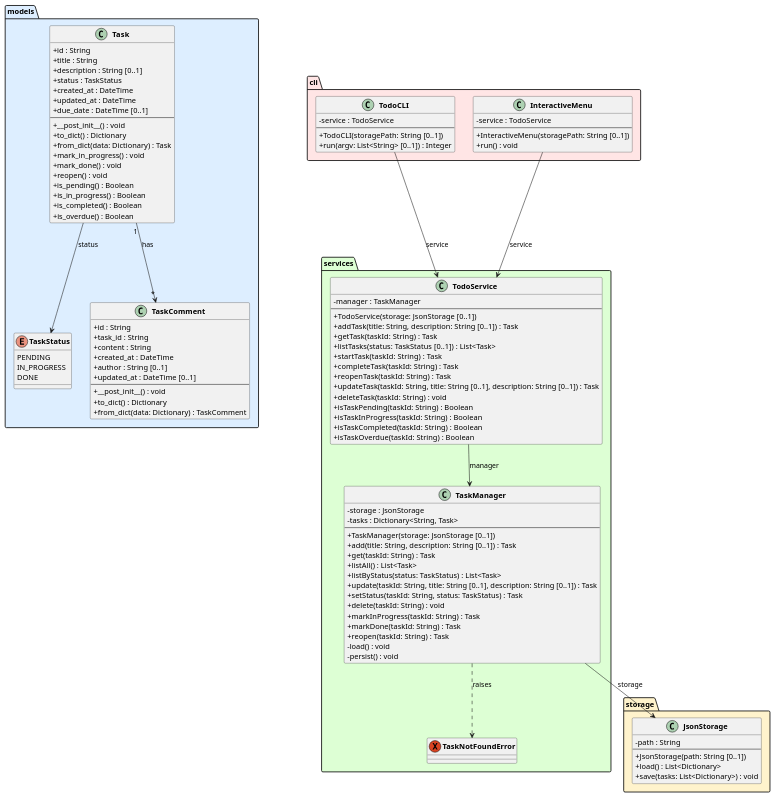
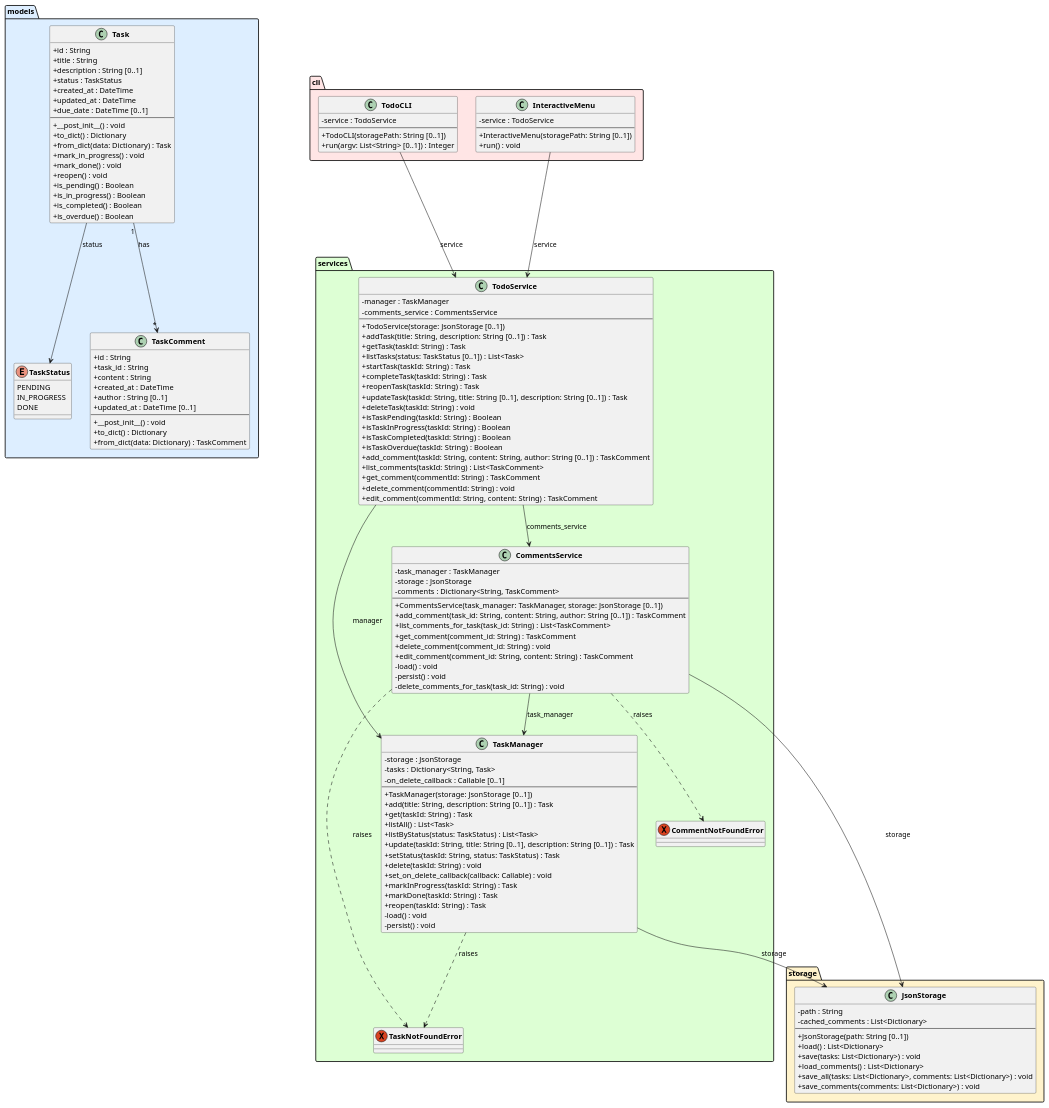
Before and after one commit to DanielRiha8906/Software_autoevolution_using_agents: the diagram in experiments/broadcast/user_stories/TODO/artifacts/class_diagram.puml, drawn with PlantUML. The commit also changed 11 other files, not shown here.

First line of the commit message:
task 04 | broadcast / user_stories / TODO

```diff
--- a/experiments/broadcast/user_stories/TODO/artifacts/class_diagram.puml
+++ b/experiments/broadcast/user_stories/TODO/artifacts/class_diagram.puml
@@ -1,124 +1,158 @@
 @startuml class_diagram
 
 skinparam classAttributeIconSize 0
 skinparam classFontStyle bold
 
 package "models" #DDEEFF {
     enum TaskStatus {
         PENDING
         IN_PROGRESS
         DONE
     }
 
     class Task {
         +id : String
         +title : String
         +description : String [0..1]
         +status : TaskStatus
         +created_at : DateTime
         +updated_at : DateTime
         +due_date : DateTime [0..1]
         --
         +__post_init__() : void
         +to_dict() : Dictionary
         +from_dict(data: Dictionary) : Task
         +mark_in_progress() : void
         +mark_done() : void
         +reopen() : void
         +is_pending() : Boolean
         +is_in_progress() : Boolean
         +is_completed() : Boolean
         +is_overdue() : Boolean
     }
 
     class TaskComment {
         +id : String
         +task_id : String
         +content : String
         +created_at : DateTime
         +author : String [0..1]
         +updated_at : DateTime [0..1]
         --
         +__post_init__() : void
         +to_dict() : Dictionary
         +from_dict(data: Dictionary) : TaskComment
     }
 
     Task "1" --> "*" TaskComment : has
 }
 
 package "storage" #FFF3CC {
     class JsonStorage {
         -path : String
+        -cached_comments : List<Dictionary>
         --
         +JsonStorage(path: String [0..1])
         +load() : List<Dictionary>
         +save(tasks: List<Dictionary>) : void
+        +load_comments() : List<Dictionary>
+        +save_all(tasks: List<Dictionary>, comments: List<Dictionary>) : void
+        +save_comments(comments: List<Dictionary>) : void
     }
 }
 
 package "services" #DDFFD4 {
     exception TaskNotFoundError
+    exception CommentNotFoundError
+
+    class CommentsService {
+        -task_manager : TaskManager
+        -storage : JsonStorage
+        -comments : Dictionary<String, TaskComment>
+        --
+        +CommentsService(task_manager: TaskManager, storage: JsonStorage [0..1])
+        +add_comment(task_id: String, content: String, author: String [0..1]) : TaskComment
+        +list_comments_for_task(task_id: String) : List<TaskComment>
+        +get_comment(comment_id: String) : TaskComment
+        +delete_comment(comment_id: String) : void
+        +edit_comment(comment_id: String, content: String) : TaskComment
+        -load() : void
+        -persist() : void
+        -delete_comments_for_task(task_id: String) : void
+    }
 
     class TaskManager {
         -storage : JsonStorage
         -tasks : Dictionary<String, Task>
+        -on_delete_callback : Callable [0..1]
         --
         +TaskManager(storage: JsonStorage [0..1])
         +add(title: String, description: String [0..1]) : Task
         +get(taskId: String) : Task
         +listAll() : List<Task>
         +listByStatus(status: TaskStatus) : List<Task>
         +update(taskId: String, title: String [0..1], description: String [0..1]) : Task
         +setStatus(taskId: String, status: TaskStatus) : Task
         +delete(taskId: String) : void
+        +set_on_delete_callback(callback: Callable) : void
         +markInProgress(taskId: String) : Task
         +markDone(taskId: String) : Task
         +reopen(taskId: String) : Task
         -load() : void
         -persist() : void
     }
 
     class TodoService {
         -manager : TaskManager
+        -comments_service : CommentsService
         --
         +TodoService(storage: JsonStorage [0..1])
         +addTask(title: String, description: String [0..1]) : Task
         +getTask(taskId: String) : Task
         +listTasks(status: TaskStatus [0..1]) : List<Task>
         +startTask(taskId: String) : Task
         +completeTask(taskId: String) : Task
         +reopenTask(taskId: String) : Task
         +updateTask(taskId: String, title: String [0..1], description: String [0..1]) : Task
         +deleteTask(taskId: String) : void
         +isTaskPending(taskId: String) : Boolean
         +isTaskInProgress(taskId: String) : Boolean
         +isTaskCompleted(taskId: String) : Boolean
         +isTaskOverdue(taskId: String) : Boolean
+        +add_comment(taskId: String, content: String, author: String [0..1]) : TaskComment
+        +list_comments(taskId: String) : List<TaskComment>
+        +get_comment(commentId: String) : TaskComment
+        +delete_comment(commentId: String) : void
+        +edit_comment(commentId: String, content: String) : TaskComment
     }
 }
 
 package "cli" #FFE5E5 {
     class TodoCLI {
         -service : TodoService
         --
         +TodoCLI(storagePath: String [0..1])
         +run(argv: List<String> [0..1]) : Integer
     }
 
     class InteractiveMenu {
         -service : TodoService
         --
         +InteractiveMenu(storagePath: String [0..1])
         +run() : void
     }
 }
 
 Task --> TaskStatus : status
 TaskManager --> JsonStorage : storage
 TaskManager ..> TaskNotFoundError : raises
+CommentsService --> TaskManager : task_manager
+CommentsService --> JsonStorage : storage
+CommentsService ..> TaskNotFoundError : raises
+CommentsService ..> CommentNotFoundError : raises
 TodoService --> TaskManager : manager
+TodoService --> CommentsService : comments_service
 TodoCLI --> TodoService : service
 InteractiveMenu --> TodoService : service
 
 @enduml
```
